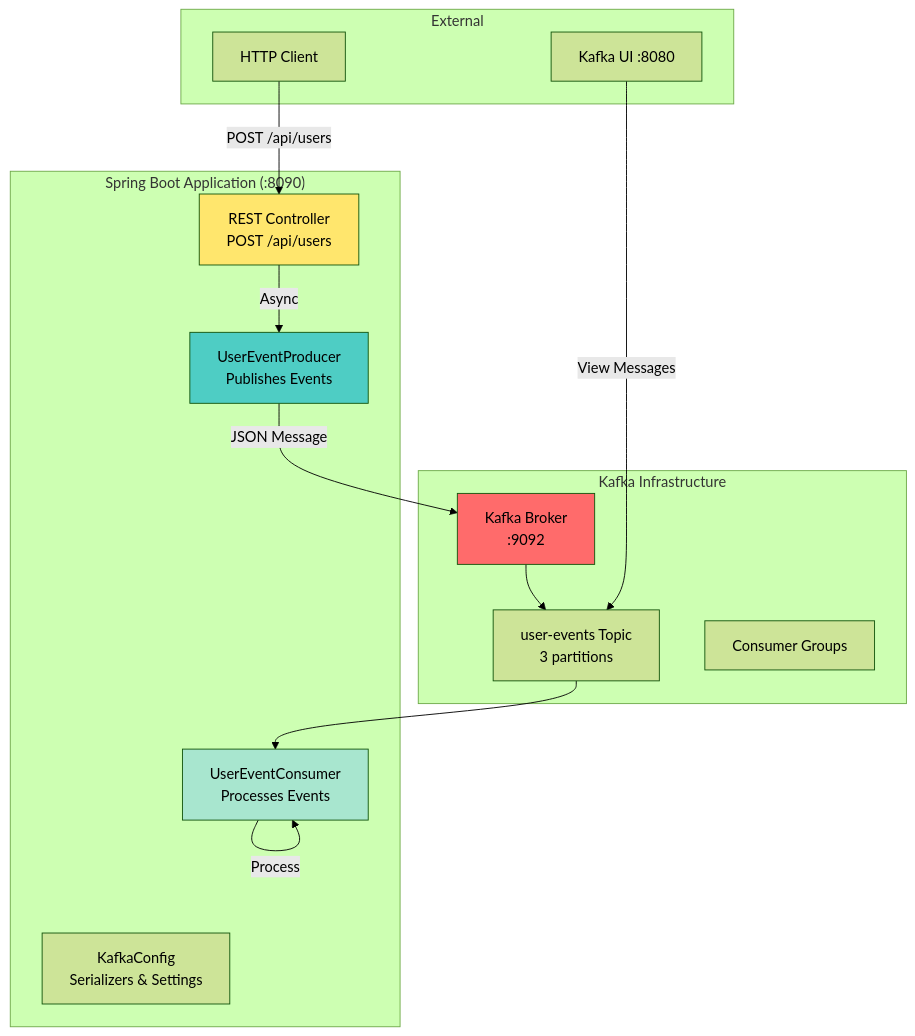
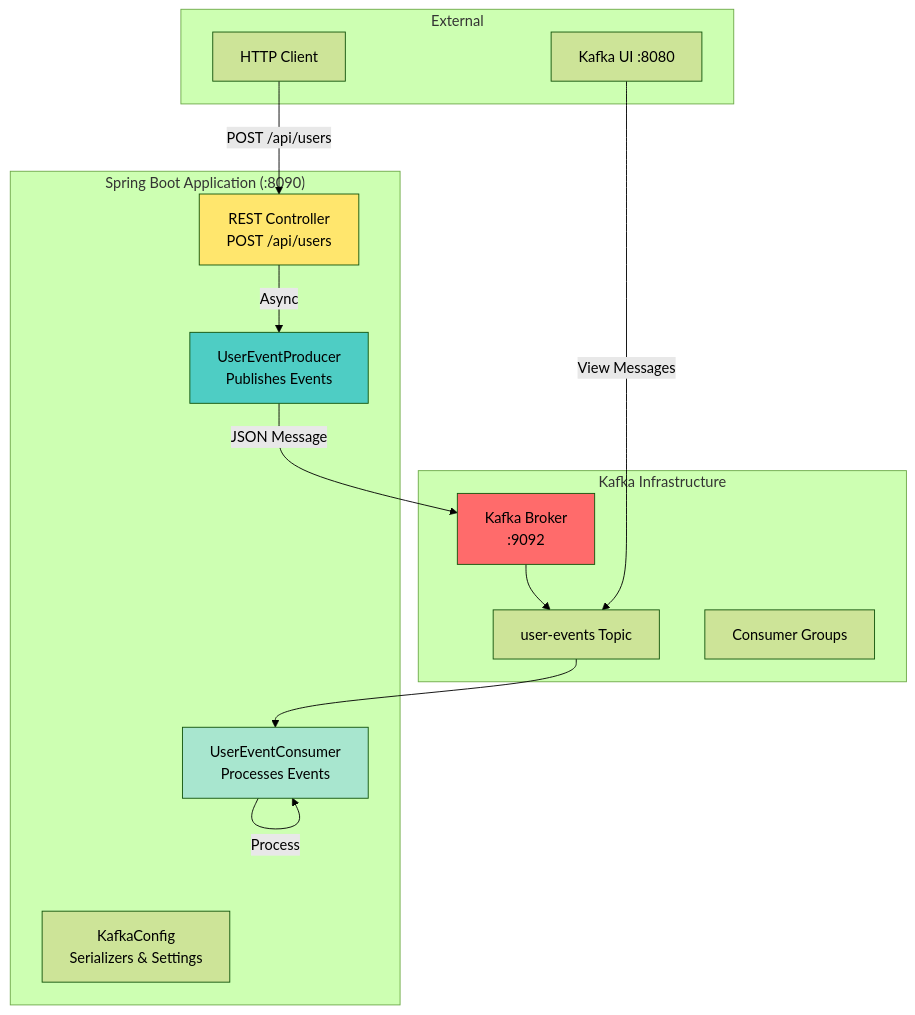
One commit to vorrawut/KafkaStarter changed the first of 5 diagrams in class/modules/lesson_3/concept.md. Above: the diagram before and after it, drawn with Mermaid (forest theme). The commit also changed 140 other files, not shown here.

````diff
--- a/class/modules/lesson_3/concept.md
+++ b/class/modules/lesson_3/concept.md
@@ -17,34 +17,34 @@
 ```mermaid
 graph TB
     subgraph "Spring Boot Application (:8090)"
         REST[REST Controller<br/>POST /api/users]
         PROD[UserEventProducer<br/>Publishes Events]
         CONS[UserEventConsumer<br/>Processes Events]
         CONFIG[KafkaConfig<br/>Serializers & Settings]
     end
     
     subgraph "Kafka Infrastructure"
         BROKER[Kafka Broker<br/>:9092]
-        TOPIC[user-events Topic<br/>3 partitions]
+        TOPIC[user-events Topic<br/&gt;3 partitions]
         GROUPS[Consumer Groups]
     end
     
     subgraph "External"
         CLIENT[HTTP Client]
         MONITOR[Kafka UI :8080]
     end
     
     CLIENT -->|POST /api/users| REST
     REST -->|Async| PROD
     PROD -->|JSON Message| BROKER
     BROKER --> TOPIC
     TOPIC --> CONS
     CONS -->|Process| CONS
     
     MONITOR -->|View Messages| TOPIC
     
     style BROKER fill:#ff6b6b
     style PROD fill:#4ecdc4
     style CONS fill:#a8e6cf
     style REST fill:#ffe66d
 ```
````
